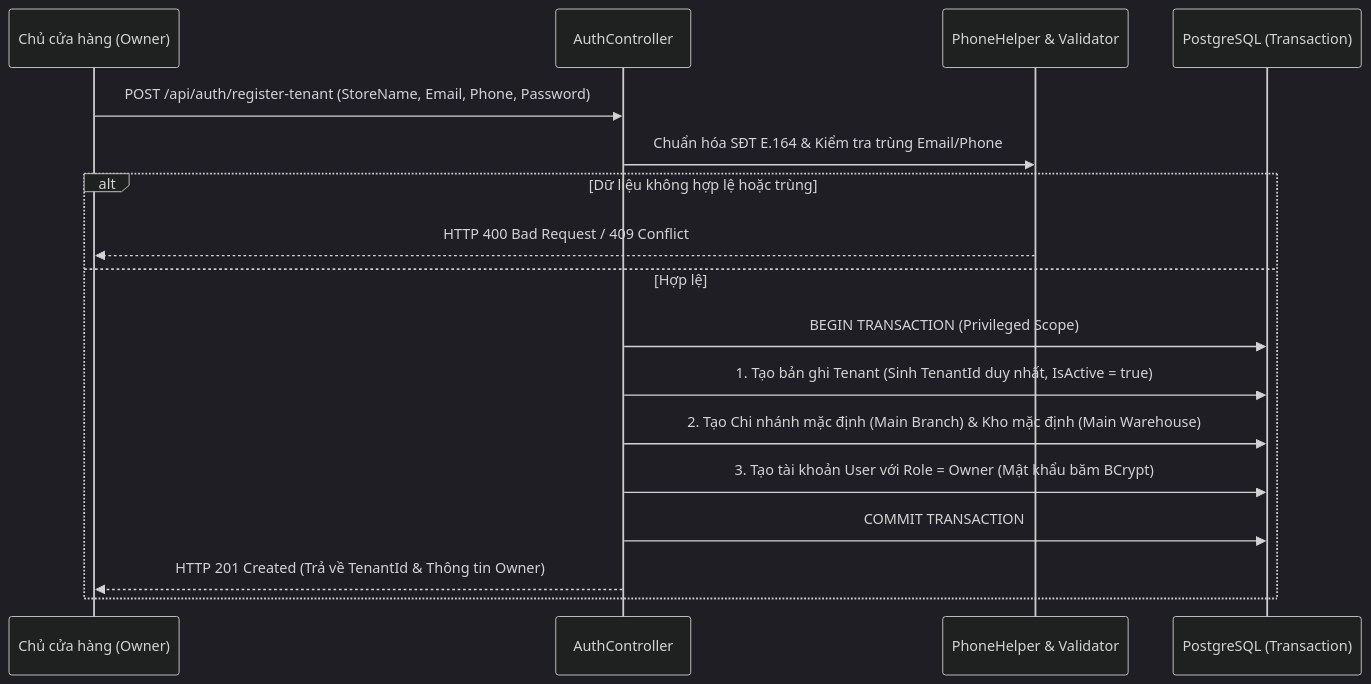
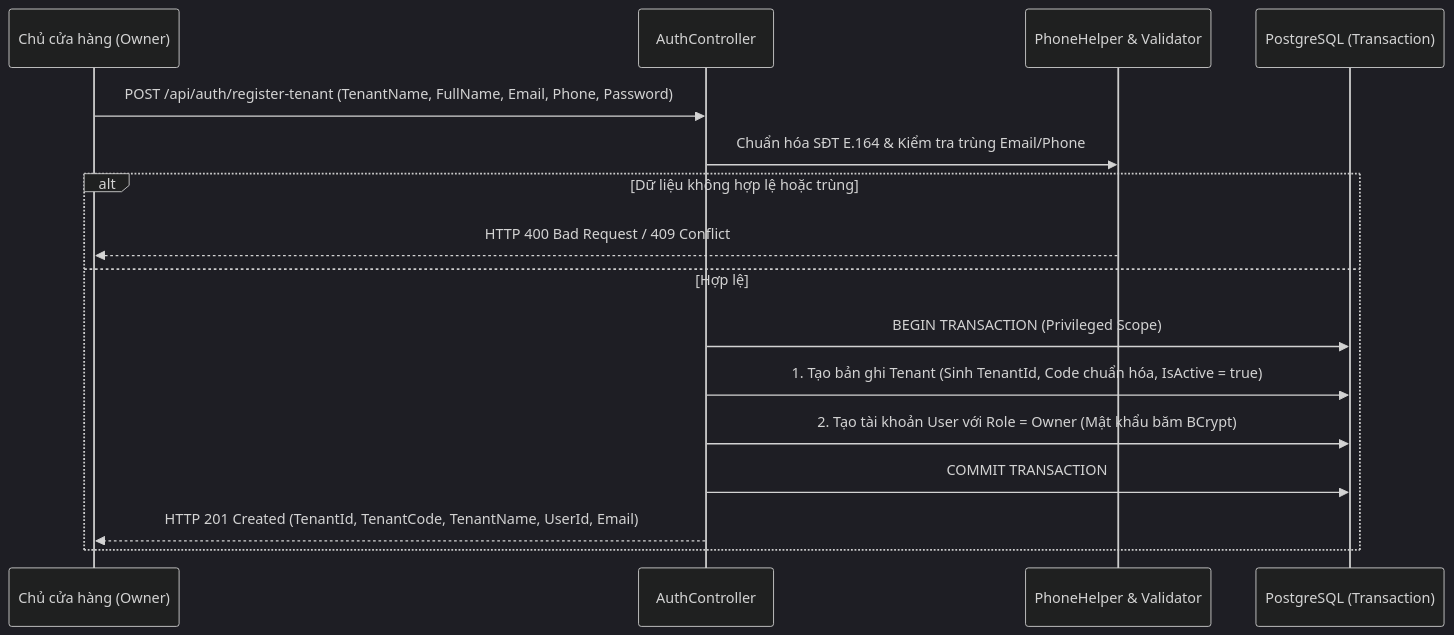
Before and after one commit to khoalvd839764-netizen/OISMS: the diagram in docs/01-users-and-rbac/03-tenant-lifecycle.md, drawn with Mermaid (dark theme). The commit also changed other lines of this file and 103 other files, not shown here.

First line of the commit message:
[OISMS-46] docs: đồng bộ tài liệu với hệ thống, thêm Deploy AWS và tái cấu trúc bugfix

````diff
--- a/docs/01-users-and-rbac/03-tenant-lifecycle.md
+++ b/docs/01-users-and-rbac/03-tenant-lifecycle.md
@@ -25,20 +26,19 @@
 ```mermaid
 sequenceDiagram
     participant Client as Chủ cửa hàng (Owner)
     participant API as AuthController
     participant Validator as PhoneHelper & Validator
     participant DB as PostgreSQL (Transaction)
 
-    Client->>API: POST /api/auth/register-tenant (StoreName, Email, Phone, Password)
+    Client->>API: POST /api/auth/register-tenant (TenantName, FullName, Email, Phone, Password)
     API->>Validator: Chuẩn hóa SĐT E.164 & Kiểm tra trùng Email/Phone
     alt Dữ liệu không hợp lệ hoặc trùng
         Validator-->>Client: HTTP 400 Bad Request / 409 Conflict
     else Hợp lệ
         API->>DB: BEGIN TRANSACTION (Privileged Scope)
-        API->>DB: 1. Tạo bản ghi Tenant (Sinh TenantId duy nhất, IsActive = true)
-        API->>DB: 2. Tạo Chi nhánh mặc định (Main Branch) & Kho mặc định (Main Warehouse)
-        API->>DB: 3. Tạo tài khoản User với Role = Owner (Mật khẩu băm BCrypt)
+        API->>DB: 1. Tạo bản ghi Tenant (Sinh TenantId, Code chuẩn hóa, IsActive = true)
+        API->>DB: 2. Tạo tài khoản User với Role = Owner (Mật khẩu băm BCrypt)
         API->>DB: COMMIT TRANSACTION
-        API-->>Client: HTTP 201 Created (Trả về TenantId & Thông tin Owner)
+        API-->>Client: HTTP 201 Created (TenantId, TenantCode, TenantName, UserId, Email)
     end
 ```
````
